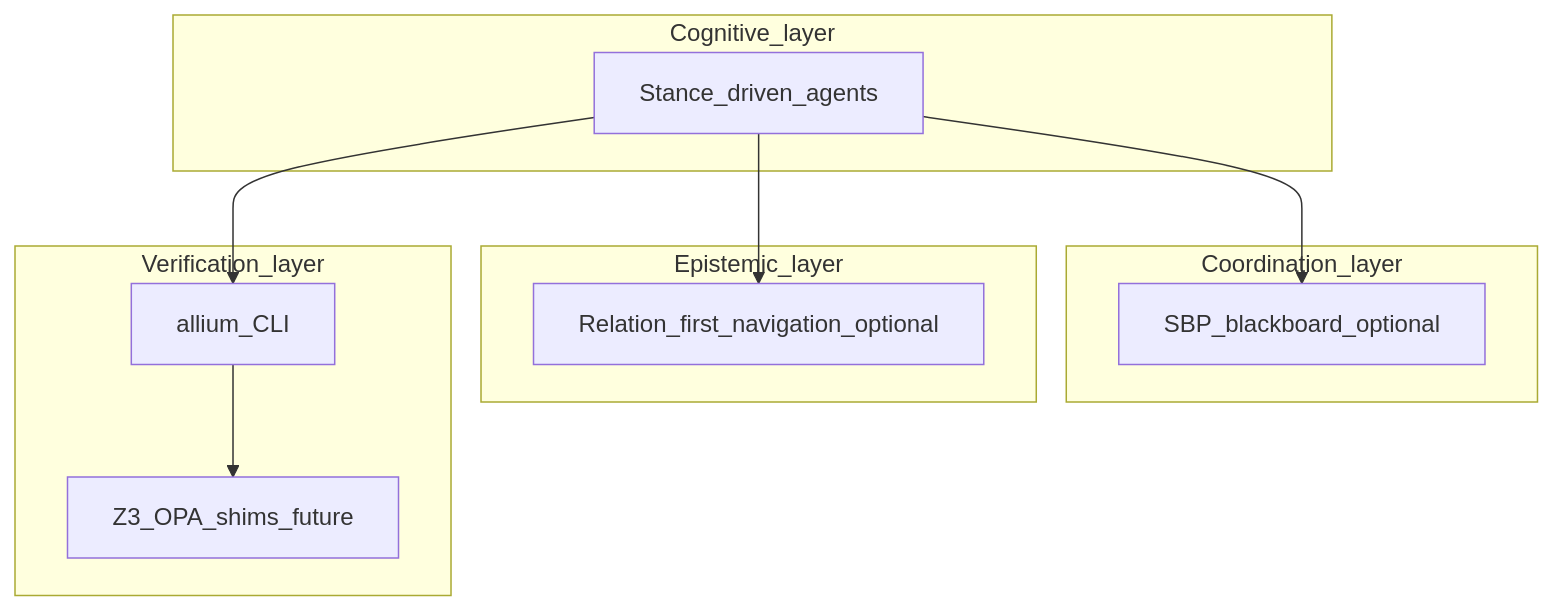
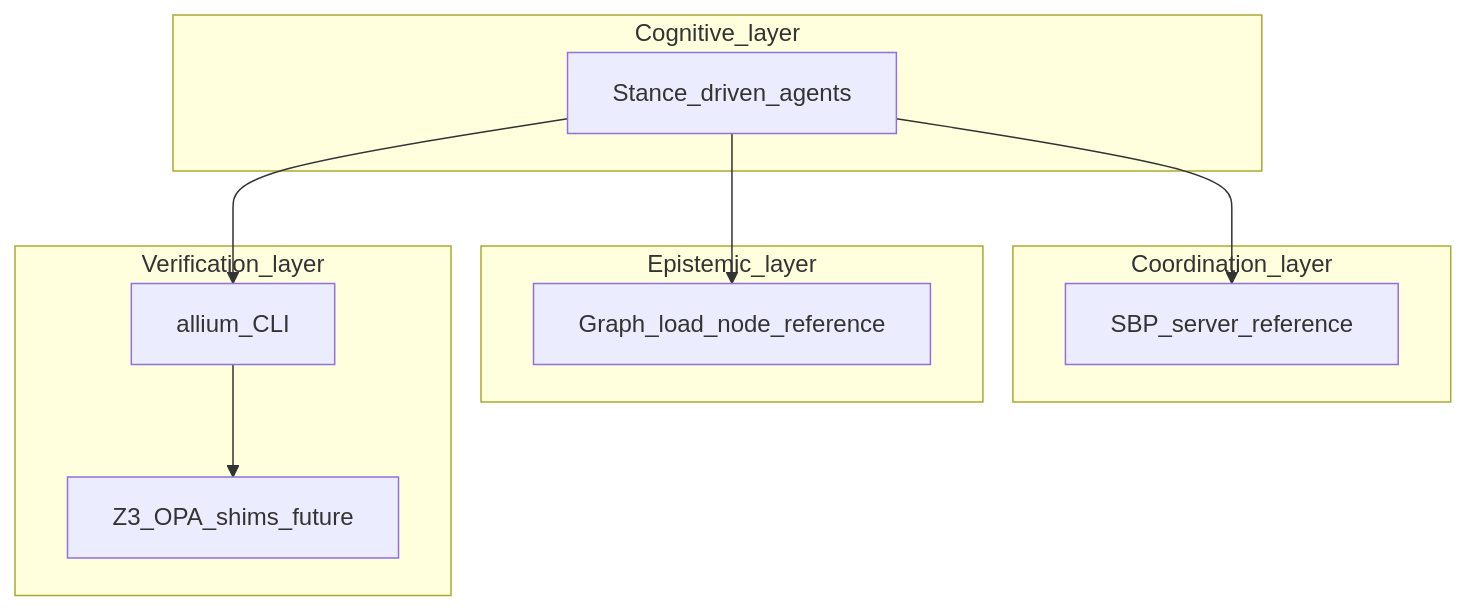
Before and after one commit to ravenoak/oh-my-stigmergy: the diagram in docs/TDD.md, drawn with Mermaid. The commit also changed other lines of this file and 27 other files, not shown here.

````diff
--- a/docs/TDD.md
+++ b/docs/TDD.md
@@ -13,20 +13,20 @@
 ```mermaid
 flowchart TB
   subgraph cognitive [Cognitive_layer]
     Agents[Stance_driven_agents]
   end
   subgraph coord [Coordination_layer]
-    SBP[SBP_blackboard_optional]
+    SBP[SBP_server_reference]
   end
   subgraph epistemic [Epistemic_layer]
-    Graph[Relation_first_navigation_optional]
+    Graph[Graph_load_node_reference]
   end
   subgraph verify [Verification_layer]
     AlliumCLI[allium_CLI]
     Future[Z3_OPA_shims_future]
   end
   Agents --> SBP
   Agents --> Graph
   Agents --> AlliumCLI
   AlliumCLI --> Future
 ```
````
